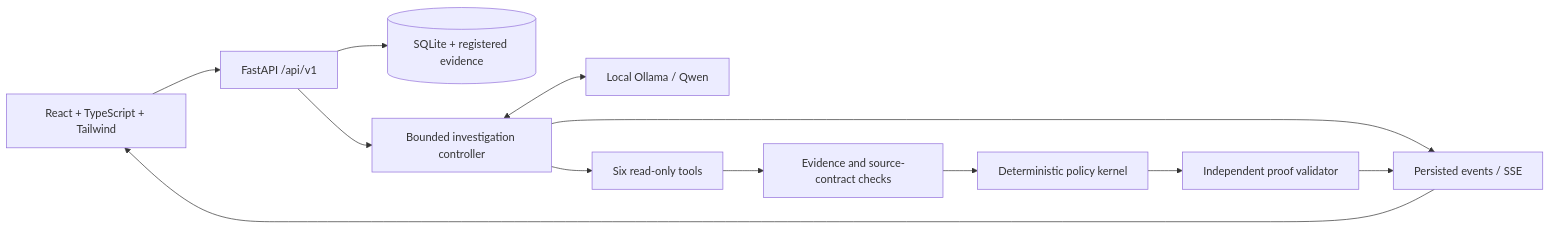
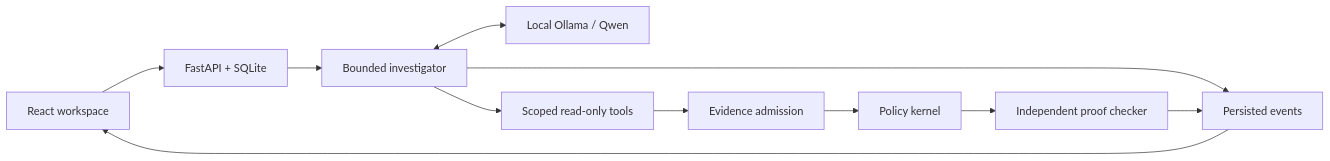
Before and after one commit to Amita7898/Ghost-data: the diagram in README.md, drawn with Mermaid. The commit also changed other lines of this file and 144 other files, not shown here.

````diff
--- a/README.md
+++ b/README.md
@@ -59,14 +56,13 @@
 ```mermaid
 flowchart LR
-  UI[React + TypeScript + Tailwind] --> API[FastAPI /api/v1]
-  API --> DB[(SQLite + registered evidence)]
-  API --> Agent[Bounded investigation controller]
-  Agent <--> LLM[Local Ollama / Qwen]
-  Agent --> Tools[Six read-only tools]
-  Tools --> Gate[Evidence and source-contract checks]
-  Gate --> Kernel[Deterministic policy kernel]
-  Kernel --> Proof[Independent proof validator]
-  Agent --> Events[Persisted events / SSE]
-  Proof --> Events
+  UI[React workspace] --> API[FastAPI + SQLite]
+  API --> Agent[Bounded investigator]
+  Agent <--> Model[Local Ollama / Qwen]
+  Agent --> Tools[Scoped read-only tools]
+  Tools --> Gate[Evidence admission]
+  Gate --> Kernel[Policy kernel]
+  Kernel --> Check[Independent proof checker]
+  Agent --> Events[Persisted events]
+  Check --> Events
   Events --> UI
 ```
````
